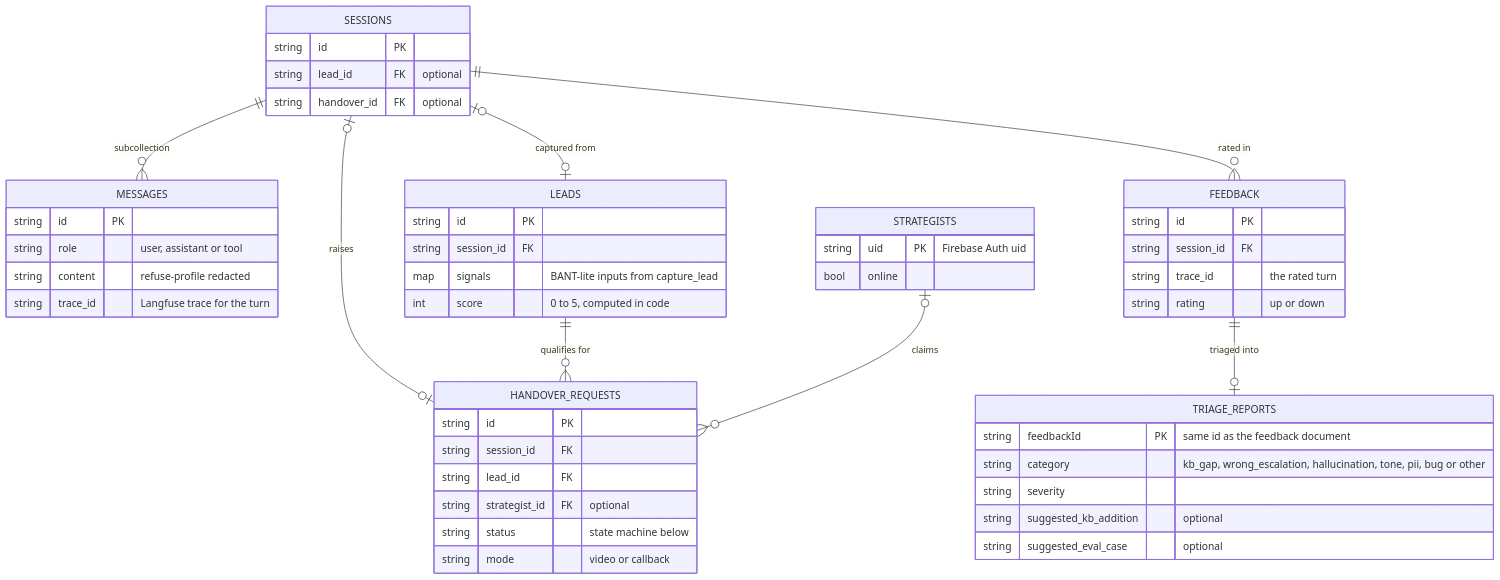
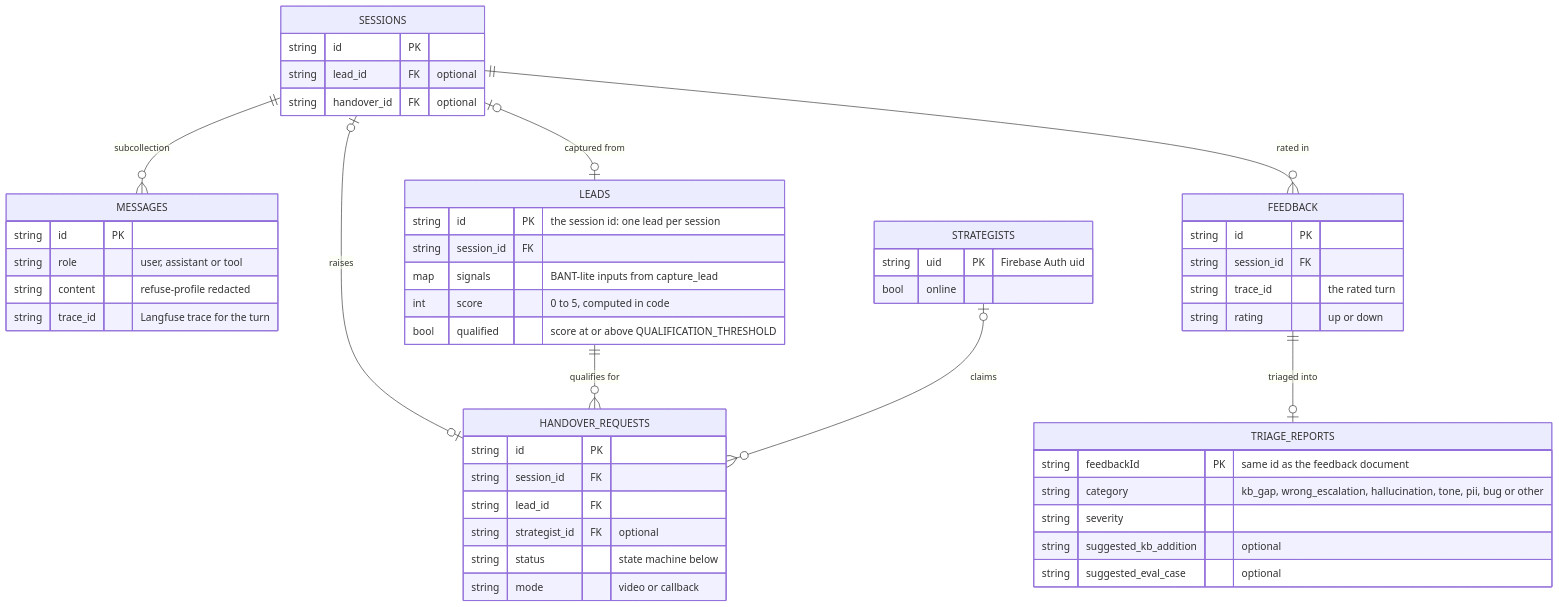
The sixth of 7 diagrams in docs/architecture.md (gsbecerrag/cadre-ai-challenge), drawn with Mermaid before and after one commit. The commit also changed other lines of this file, not shown here.

Commit message:
docs(architecture): record the Lead document as it is actually written
One Lead per Session, keyed by the Session id, with a reference back to it and a
`qualified` flag; industry is not a field of its own, because industry fit is one
of the five Qualification Signals.

````diff
--- a/docs/architecture.md
+++ b/docs/architecture.md
@@ -170,52 +170,53 @@
 ```mermaid
 erDiagram
   SESSIONS ||--o{ MESSAGES : "subcollection"
   SESSIONS |o--o| LEADS : "captured from"
   SESSIONS |o--o| HANDOVER_REQUESTS : "raises"
   LEADS ||--o{ HANDOVER_REQUESTS : "qualifies for"
   STRATEGISTS |o--o{ HANDOVER_REQUESTS : "claims"
   SESSIONS ||--o{ FEEDBACK : "rated in"
   FEEDBACK ||--o| TRIAGE_REPORTS : "triaged into"
   SESSIONS {
     string id PK
     string lead_id FK "optional"
     string handover_id FK "optional"
   }
   MESSAGES {
     string id PK
     string role "user, assistant or tool"
     string content "refuse-profile redacted"
     string trace_id "Langfuse trace for the turn"
   }
   LEADS {
-    string id PK
+    string id PK "the session id: one lead per session"
     string session_id FK
     map signals "BANT-lite inputs from capture_lead"
     int score "0 to 5, computed in code"
+    bool qualified "score at or above QUALIFICATION_THRESHOLD"
   }
   HANDOVER_REQUESTS {
     string id PK
     string session_id FK
     string lead_id FK
     string strategist_id FK "optional"
     string status "state machine below"
     string mode "video or callback"
   }
   STRATEGISTS {
     string uid PK "Firebase Auth uid"
     bool online
   }
   FEEDBACK {
     string id PK
     string session_id FK
     string trace_id "the rated turn"
     string rating "up or down"
   }
   TRIAGE_REPORTS {
     string feedbackId PK "same id as the feedback document"
     string category "kb_gap, wrong_escalation, hallucination, tone, pii, bug or other"
     string severity
     string suggested_kb_addition "optional"
     string suggested_eval_case "optional"
   }
 ```
````
